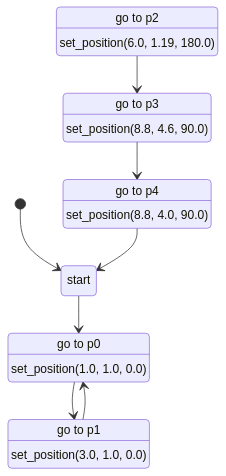
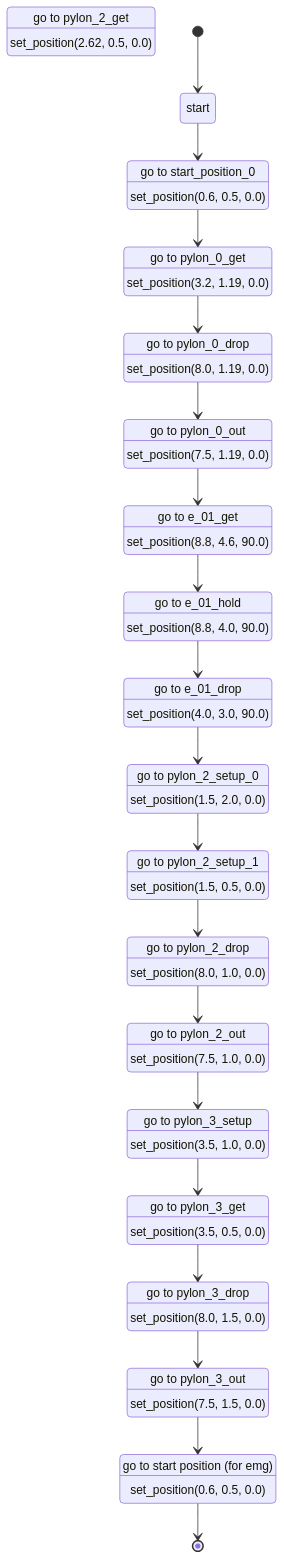
One commit to NITIC-Robot-Club/nhk2025b_ros2 changed the diagram in src/launch/nhk2025b_launch/state_graph/test.md. Above: the diagram before and after it, drawn with Mermaid. The commit also changed 1 other file, not shown here.

````diff
--- a/src/launch/nhk2025b_launch/state_graph/test.md
+++ b/src/launch/nhk2025b_launch/state_graph/test.md
@@ -1,29 +1,75 @@
 ```mermaid
 stateDiagram-v2
 
-    p0 : go to p0
-#    p0 : set_position(0.8, 0.8, 180.0)
-    p0 : set_position(1.0, 1.0, 0.0)
+    start_position_emg : go to start position (for emg)
+    start_position_emg : set_position(0.6, 0.5, 0.0)
 
-    p1 : go to p1
-#    p1 : set_position(3.2, 1.19, 180.0)
-    p1 : set_position(3.0, 1.0, 0.0)
+    start_position_0 : go to start_position_0
+    start_position_0 : set_position(0.6, 0.5, 0.0)
 
-    p2 : go to p2
-    p2 : set_position(6.0, 1.19, 180.0)
+    pylon_0_get : go to pylon_0_get
+    pylon_0_get : set_position(3.2, 1.19, 0.0)
 
-    p3 : go to p3
-    p3 : set_position(8.8, 4.6, 90.0)
+    pylon_0_drop : go to pylon_0_drop
+    pylon_0_drop : set_position(8.0, 1.19, 0.0)
 
-    p4 : go to p4
-    p4 : set_position(8.8, 4.0, 90.0)
+    pylon_0_out : go to pylon_0_out
+    pylon_0_out : set_position(7.5, 1.19, 0.0)
+
+    e_01_get : go to e_01_get
+    e_01_get : set_position(8.8, 4.6, 90.0)
+
+    e_01_hold : go to e_01_hold
+    e_01_hold : set_position(8.8, 4.0, 90.0)
+
+    e_01_drop : go to e_01_drop
+    e_01_drop : set_position(4.0, 3.0, 90.0)
+
+    pylon_2_setup_0 : go to pylon_2_setup_0
+    pylon_2_setup_0 : set_position(1.5, 2.0, 0.0)
+
+    pylon_2_setup_1 : go to pylon_2_setup_1
+    pylon_2_setup_1 : set_position(1.5, 0.5, 0.0)
+
+    pylon_2_get : go to pylon_2_get
+    pylon_2_get : set_position(2.62, 0.5, 0.0)
+
+    pylon_2_drop : go to pylon_2_drop
+    pylon_2_drop : set_position(8.0, 1.0, 0.0)
+
+    pylon_2_out : go to pylon_2_out
+    pylon_2_out : set_position(7.5, 1.0, 0.0)
+
+    pylon_3_setup : go to pylon_3_setup
+    pylon_3_setup : set_position(3.5, 1.0, 0.0)
+
+    pylon_3_get : go to pylon_3_get
+    pylon_3_get : set_position(3.5, 0.5, 0.0)
+
+    pylon_3_drop : go to pylon_3_drop
+    pylon_3_drop : set_position(8.0, 1.5, 0.0)
+
+    pylon_3_out : go to pylon_3_out
+    pylon_3_out : set_position(7.5, 1.5, 0.0)
+
+
 
     [*] --> start
-    start --> p0
-    p0 --> p1
-    p1 --> p0
-    p2 --> p3
-    p3 --> p4
-    p4 --> start
-
+    start --> start_position_0
+    start_position_0 --> pylon_0_get
+    pylon_0_get --> pylon_0_drop
+    pylon_0_drop --> pylon_0_out
+    pylon_0_out --> e_01_get
+    e_01_get --> e_01_hold
+    e_01_hold --> e_01_drop
+    e_01_drop --> pylon_2_setup_0
+    pylon_2_setup_0 --> pylon_2_setup_1
+    pylon_2_setup_1 --> pylon_2_drop
+    pylon_2_drop --> pylon_2_out
+    pylon_2_out --> pylon_3_setup
+    pylon_3_setup --> pylon_3_get
+    pylon_3_get --> pylon_3_drop
+    pylon_3_drop --> pylon_3_out
+    pylon_3_out --> start_position_emg
+    start_position_emg --> [*]
 ```
````
